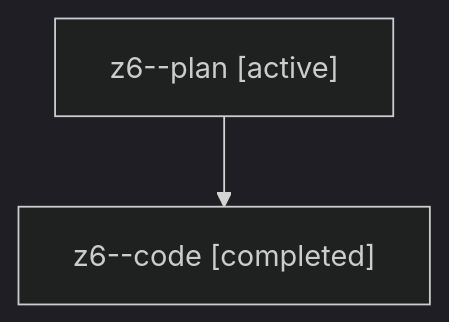
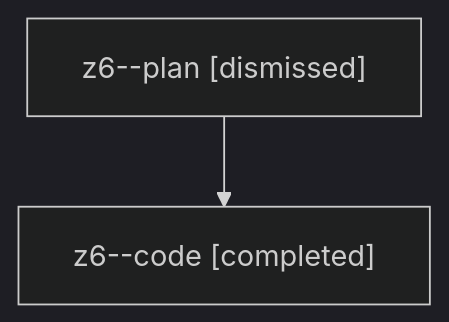
The diagram in sessions/bbugyi200.athena.z6.md (sase-org/sase--agents), drawn with Mermaid (dark theme) before and after one commit. The commit also changed other lines of this file and 35 other files, not shown here.

````diff
--- a/sessions/bbugyi200.athena.z6.md
+++ b/sessions/bbugyi200.athena.z6.md
@@ -9,6 +9,6 @@
 ```mermaid
 flowchart TD
-  n0["z6--plan [active]"]
+  n0["z6--plan [dismissed]"]
   n1["z6--code [completed]"]
   n0 --> n1
 ```
````
